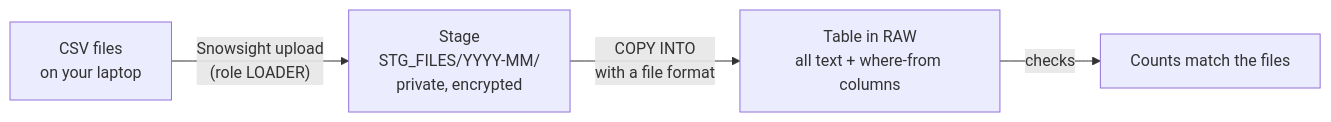
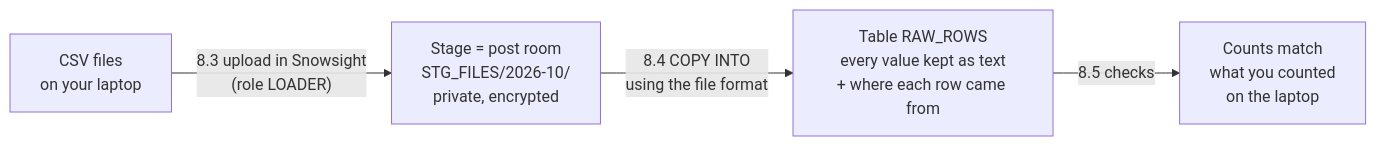
One commit to pablodatamonster/datamonster-playbooks changed the fifth of 5 diagrams in snowflake/set_up_account_for_client_project.md. Above: the diagram before and after it, drawn with Mermaid. The commit also changed other lines of this file, not shown here.

First line of the commit message:
Snowflake playbook: Step 8 written out for first-timers (counting first, upload, COPY options, each check explained, what to do if something does not match)

````diff
--- a/snowflake/set_up_account_for_client_project.md
+++ b/snowflake/set_up_account_for_client_project.md
@@ -221,6 +223,6 @@
 ```mermaid
 flowchart LR
-  A["CSV files<br/>on your laptop"] -->|"Snowsight upload<br/>(role LOADER)"| B["Stage<br/>STG_FILES/YYYY-MM/<br/>private, encrypted"]
-  B -->|"COPY INTO<br/>with a file format"| C["Table in RAW<br/>all text + where-from columns"]
-  C -->|"checks"| D["Counts match the files"]
+  A["CSV files<br/>on your laptop"] -->|"8.3 upload in Snowsight<br/>(role LOADER)"| B["Stage = post room<br/>STG_FILES/2026-10/<br/>private, encrypted"]
+  B -->|"8.4 COPY INTO<br/>using the file format"| C["Table RAW_ROWS<br/>every value kept as text<br/>+ where each row came from"]
+  C -->|"8.5 checks"| D["Counts match<br/>what you counted<br/>on the laptop"]
 ```
````
